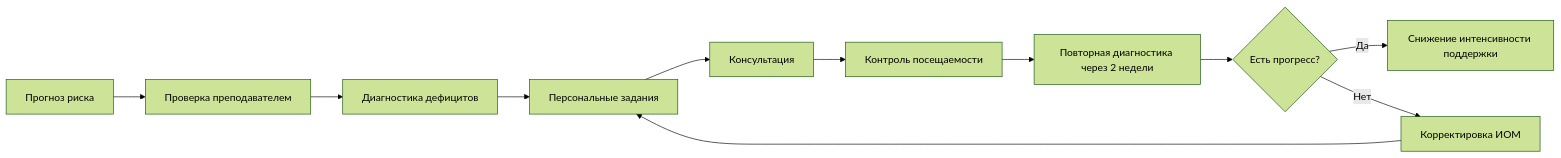
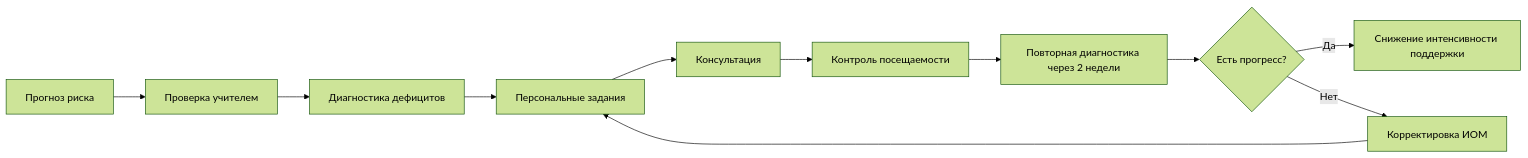
Before and after one commit to BosenkoTM/Big-data-analysis-methods: the second of 2 diagrams in 2026/lw/lw_02/lw_02.md, drawn with Mermaid (forest theme). The commit also changed other lines of this file, not shown here.

````diff
--- a/2026/lw/lw_02/lw_02.md
+++ b/2026/lw/lw_02/lw_02.md
@@ -261,13 +280,13 @@
 ```mermaid
 flowchart LR
-    A[Прогноз риска] --> B[Проверка преподавателем]
+    A[Прогноз риска] --> B[Проверка учителем]
     B --> C[Диагностика дефицитов]
     C --> D[Персональные задания]
     D --> E[Консультация]
     E --> F[Контроль посещаемости]
     F --> G[Повторная диагностика через 2 недели]
     G --> H{Есть прогресс?}
     H -- Да --> I[Снижение интенсивности поддержки]
     H -- Нет --> J[Корректировка ИОМ]
     J --> D
 ```
````
